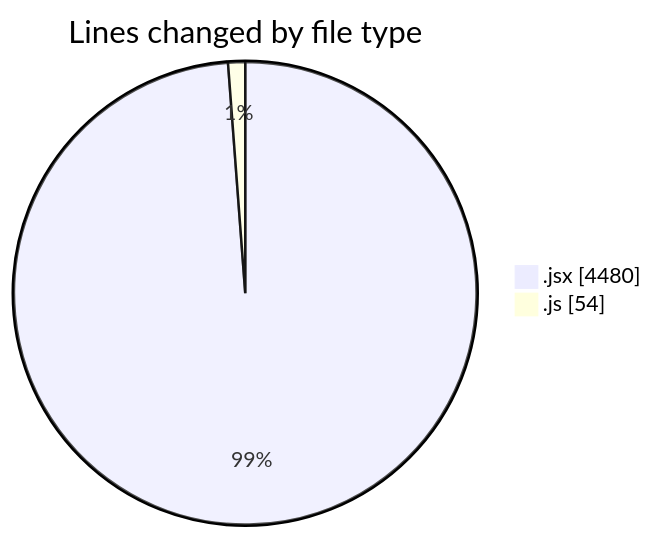
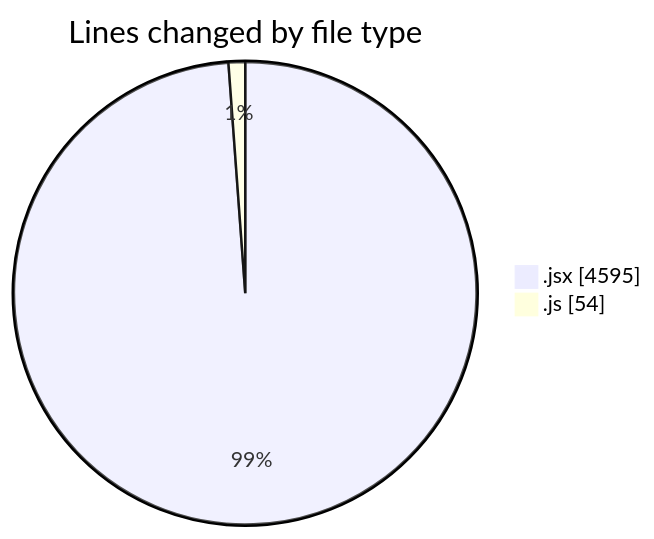
Before and after one commit to nxtqubesakshisongat/code-tracking: the first of 2 diagrams in 2025-06-25/nxtqube_webapp/README.md, drawn with Mermaid. The commit also changed other lines of this file and 1 other file, not shown here.

````diff
--- a/2025-06-25/nxtqube_webapp/README.md
+++ b/2025-06-25/nxtqube_webapp/README.md
@@ -24,6 +24,6 @@
 ```mermaid
 pie showData
 title Lines changed by file type
-".jsx" : 4480
+".jsx" : 4595
 ".js" : 54
 ```
````
